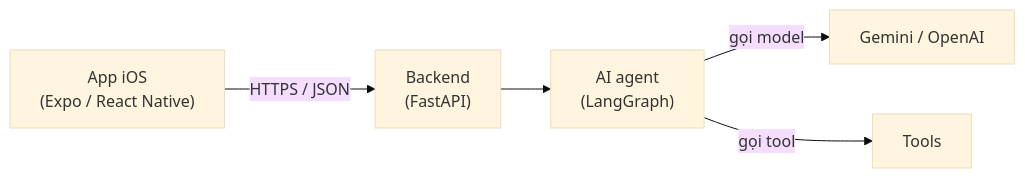
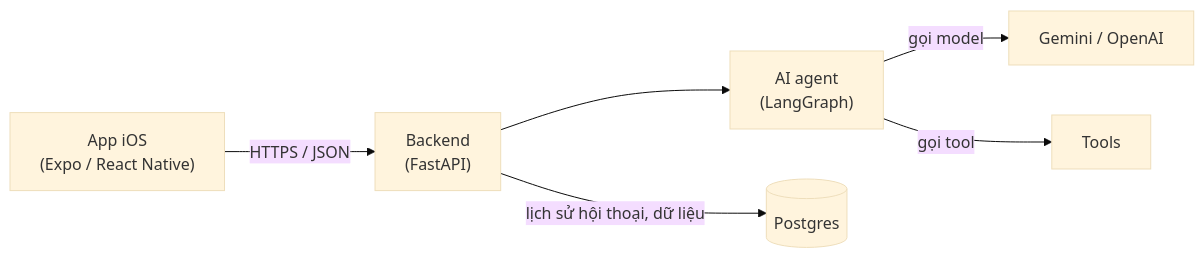
The first of 2 diagrams in README.md (Tai-TZ/codex-hackathon-hanoi), drawn with Mermaid (base theme) before and after one commit. The commit also changed other lines of this file and 2 other files, not shown here.

````diff
--- a/README.md
+++ b/README.md
@@ -30,7 +32,8 @@
 ```mermaid
 flowchart LR
     A["App iOS<br/>(Expo / React Native)"] -- "HTTPS / JSON" --> B["Backend<br/>(FastAPI)"]
     B --> C["AI agent<br/>(LangGraph)"]
     C -- "gọi model" --> D["Gemini / OpenAI"]
     C -- "gọi tool" --> E["Tools"]
+    B -- "lịch sử hội thoại, dữ liệu" --> F[("Postgres")]
 ```
````
